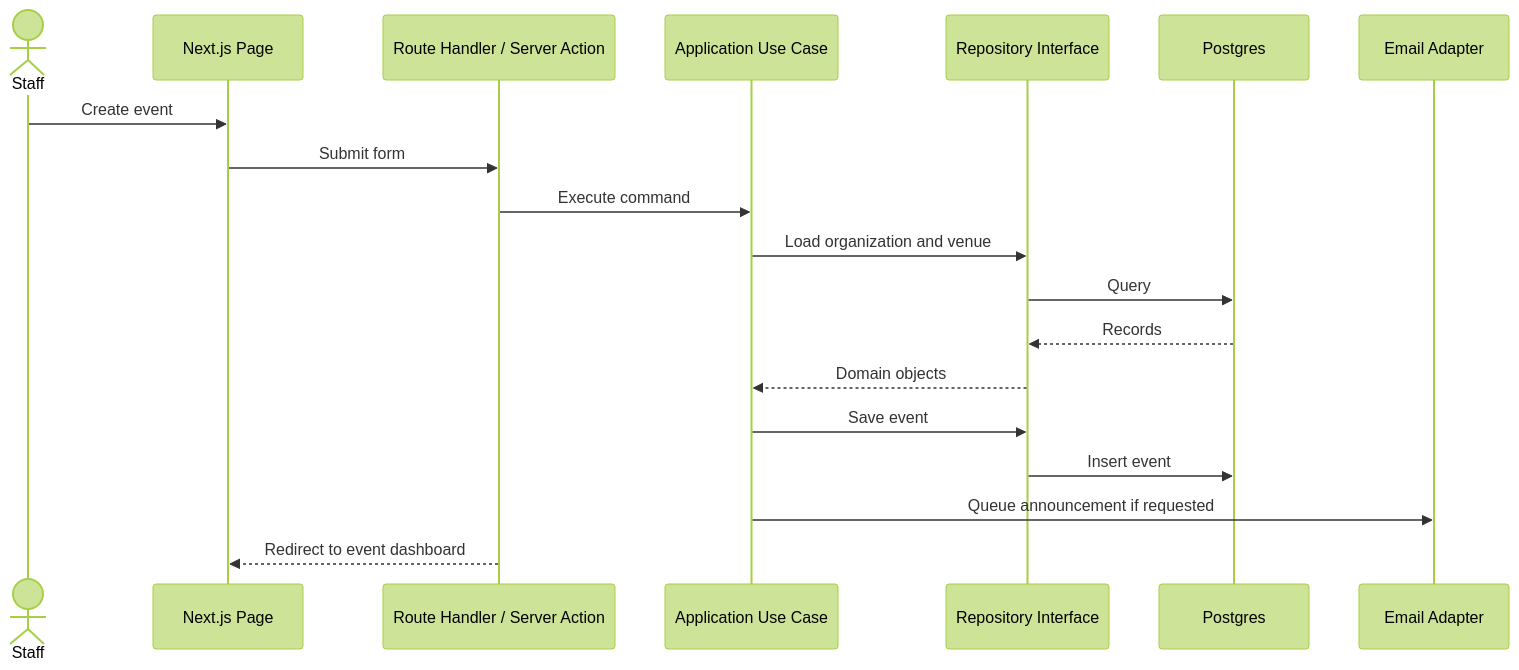
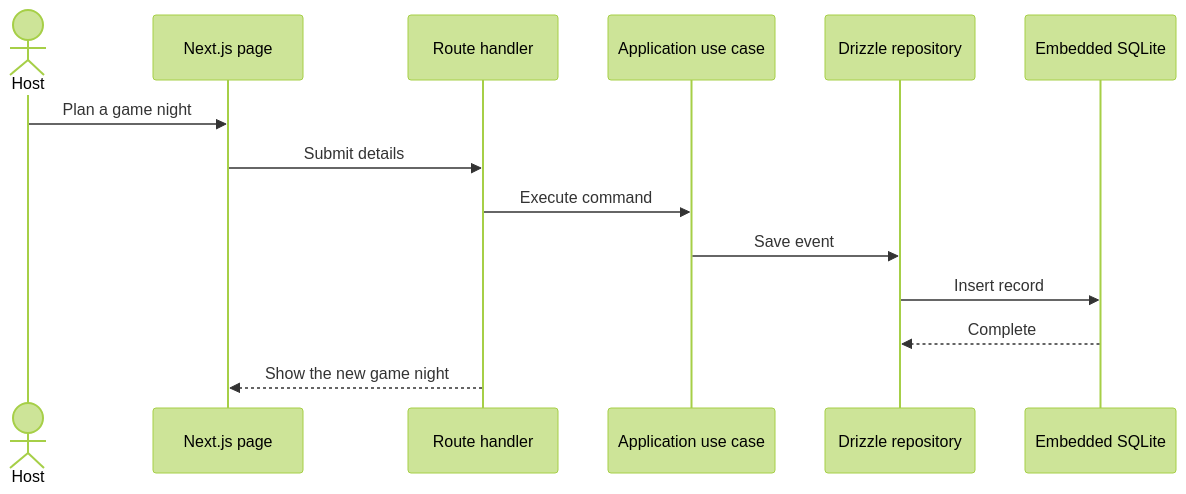
The diagram in docs/architecture.md (TemuulenMunhkjargal/GameManager), drawn with Mermaid (forest theme) before and after one commit. The commit also changed other lines of this file and 203 other files, not shown here.

````diff
--- a/docs/architecture.md
+++ b/docs/architecture.md
@@ -44,22 +43,17 @@
 ```mermaid
 sequenceDiagram
-  actor Staff
-  participant UI as Next.js Page
-  participant API as Route Handler / Server Action
-  participant UseCase as Application Use Case
-  participant Repo as Repository Interface
-  participant DB as Postgres
-  participant Email as Email Adapter
+  actor Host
+  participant UI as Next.js page
+  participant API as Route handler
+  participant UseCase as Application use case
+  participant Repo as Drizzle repository
+  participant DB as Embedded SQLite
 
-  Staff->>UI: Create event
-  UI->>API: Submit form
+  Host->>UI: Plan a game night
+  UI->>API: Submit details
   API->>UseCase: Execute command
-  UseCase->>Repo: Load organization and venue
-  Repo->>DB: Query
-  DB-->>Repo: Records
-  Repo-->>UseCase: Domain objects
   UseCase->>Repo: Save event
-  Repo->>DB: Insert event
-  UseCase->>Email: Queue announcement if requested
-  API-->>UI: Redirect to event dashboard
+  Repo->>DB: Insert record
+  DB-->>Repo: Complete
+  API-->>UI: Show the new game night
 ```
````
